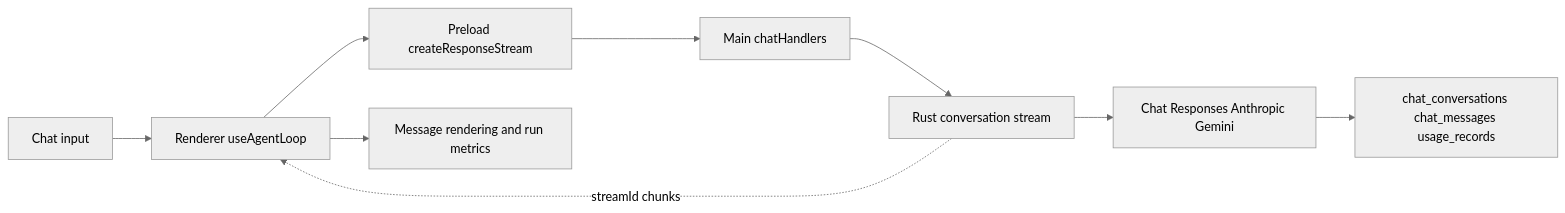
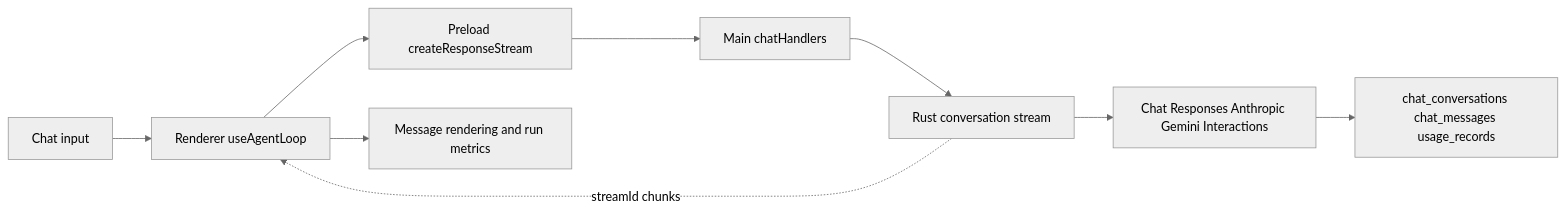
The first of 14 diagrams in docs/zh-CN/4-架构与开发/6-功能模块架构与数据流图集.md (BaSui01/snow-app), drawn with Mermaid (neutral theme) before and after one commit. The commit also changed other lines of this file and 3 other files, not shown here.

First line of the commit message:
docs(agent): supplement agent lifecycle diagrams, retry state machines, and data flows

````diff
--- a/docs/zh-CN/4-架构与开发/6-功能模块架构与数据流图集.md
+++ b/docs/zh-CN/4-架构与开发/6-功能模块架构与数据流图集.md
@@ -9,11 +9,11 @@
 ```mermaid
 flowchart LR
     input["Chat input"] --> loop["Renderer useAgentLoop"]
     loop --> preload["Preload createResponseStream"]
     preload --> ipc["Main chatHandlers"]
     ipc --> stream["Rust conversation stream"]
-    stream --> provider["Chat Responses Anthropic Gemini"]
+    stream --> provider["Chat Responses Anthropic Gemini Interactions"]
     provider --> db["chat_conversations chat_messages usage_records"]
     stream -. "streamId chunks" .-> loop
     loop --> view["Message rendering and run metrics"]
 ```
````
